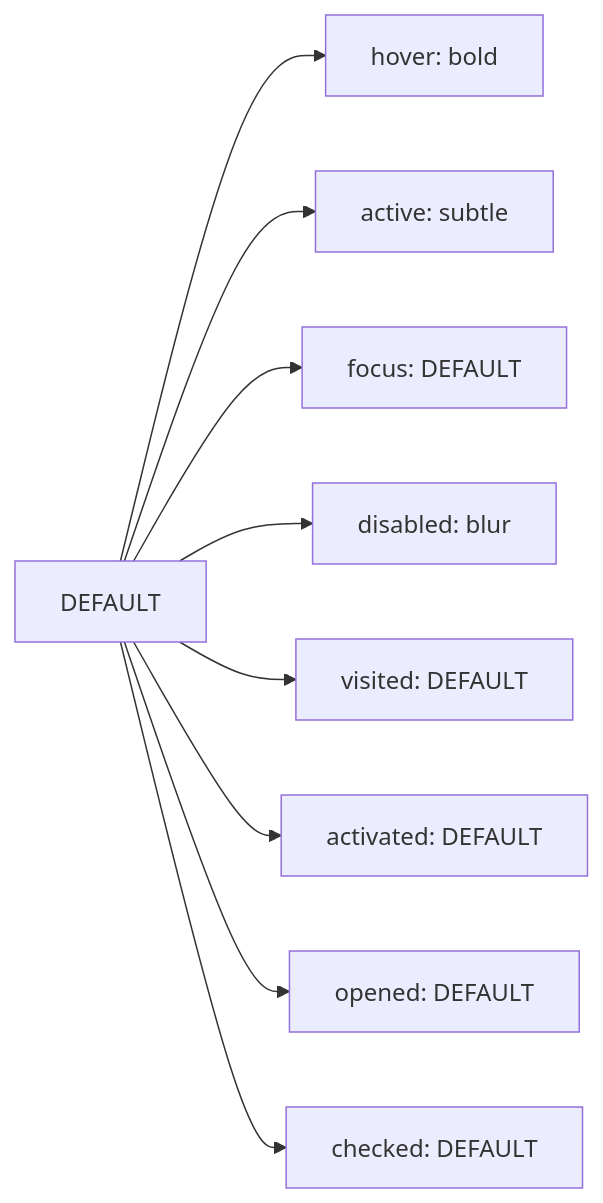
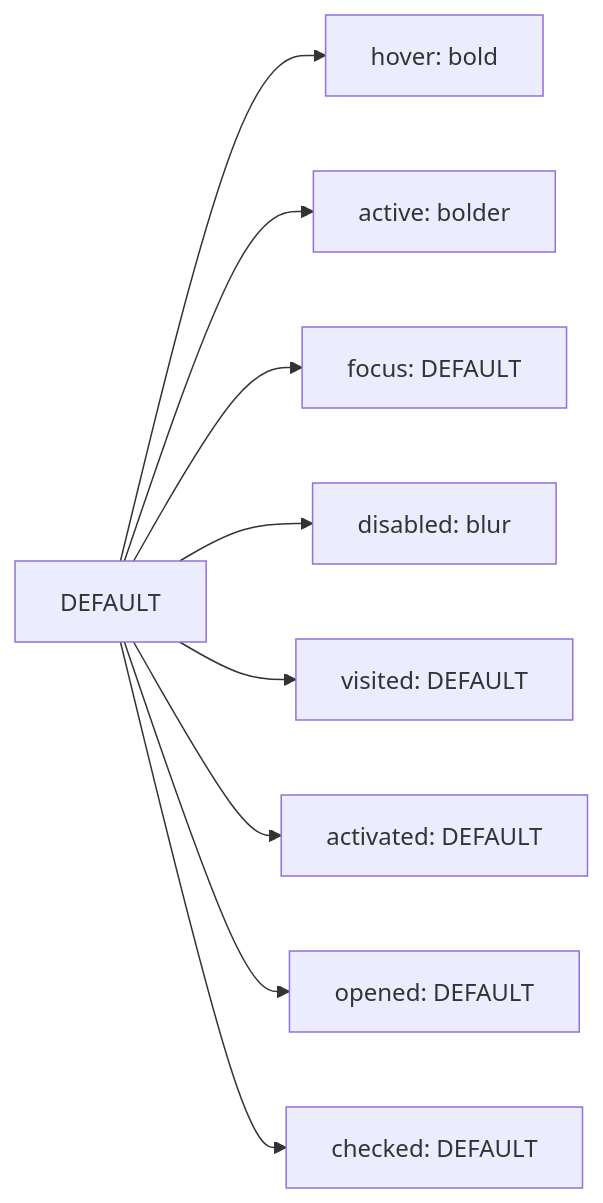
The diagram in packages/docs-design-system/docs-design-token/colors/primary-brand-colors.mdx (graezykev/designgreat), drawn with Mermaid before and after one commit. The commit also changed other lines of this file and 90 other files, not shown here.

````diff
--- a/packages/docs-design-system/docs-design-token/colors/primary-brand-colors.mdx
+++ b/packages/docs-design-system/docs-design-token/colors/primary-brand-colors.mdx
@@ -76,11 +78,11 @@
 ```mermaid
 graph LR
     A[DEFAULT] --> B[hover: bold]
-    A --> C[active: subtle]
+    A --> C[active: bolder]
     A --> D[focus: DEFAULT]
     A --> E[disabled: blur]
     A --> F[visited: DEFAULT]
     A --> G[activated: DEFAULT]
     A --> H[opened: DEFAULT]
     A --> I[checked: DEFAULT]
 ```
````
